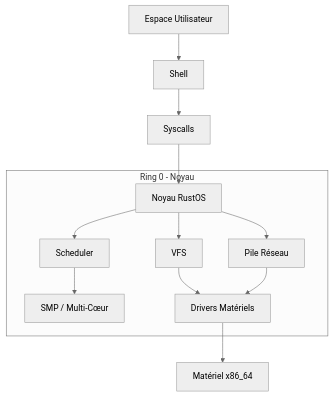
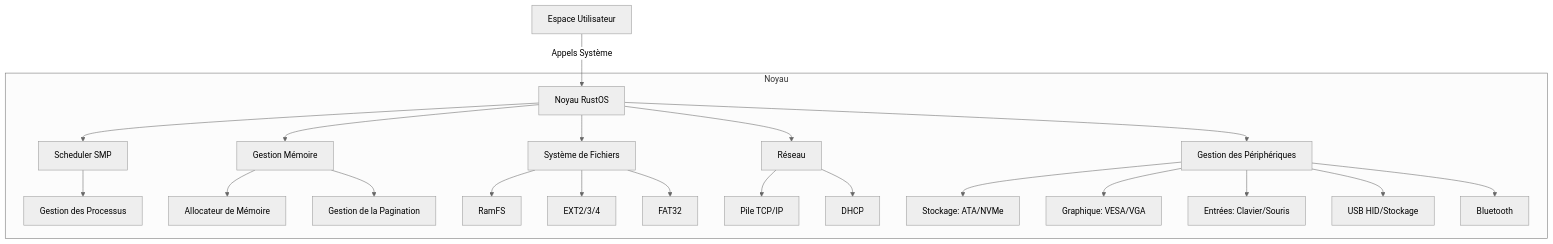
Before and after one commit to samajesteduroyaume/RustOs: the diagram in README.md, drawn with Mermaid (neutral theme). The commit also changed other lines of this file and 64 other files, not shown here.

````diff
--- a/README.md
+++ b/README.md
@@ -43,18 +45,26 @@
 ```mermaid
 graph TD
-    User[Espace Utilisateur] --> Shell
-    Shell --> Syscalls
-    Syscalls --> Kernel[Noyau RustOS]
+    User[Espace Utilisateur] -->|Appels Système| Kernel[Noyau RustOS]
     
-    subgraph Ring 0 - Noyau
-        Kernel --> Scheduler
-        Kernel --> VFS
-        Kernel --> NetStack[Pile Réseau]
+    subgraph Noyau
+        Kernel --> Scheduler[Scheduler SMP]
+        Kernel --> Memoire[Gestion Mémoire]
+        Kernel --> VFS[Système de Fichiers]
+        Kernel --> Reseau[Réseau]
+        Kernel --> Drivers[Gestion des Périphériques]
         
-        Scheduler --> SMP[SMP / Multi-Cœur]
-        VFS --> Drivers[Drivers Matériels]
-        NetStack --> Drivers
+        Scheduler --> Processus[Gestion des Processus]
+        Memoire --> Allocateur[Allocateur de Mémoire]
+        Memoire --> Pagination[Gestion de la Pagination]
+        VFS --> RamFS
+        VFS --> EXT2[EXT2/3/4]
+        VFS --> FAT32
+        Reseau --> TCP_IP[Pile TCP/IP]
+        Reseau --> DHCP
+        Drivers --> Stockage[Stockage: ATA/NVMe]
+        Drivers --> Graphique[Graphique: VESA/VGA]
+        Drivers --> Entrees[Entrées: Clavier/Souris]
+        Drivers --> USB[USB HID/Stockage]
+        Drivers --> Bluetooth
     end
-    
-    Drivers --> Hardware[Matériel x86_64]
 ```
````
